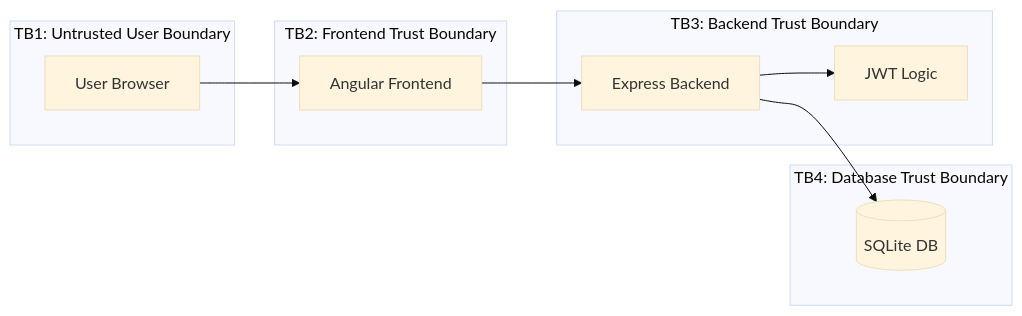
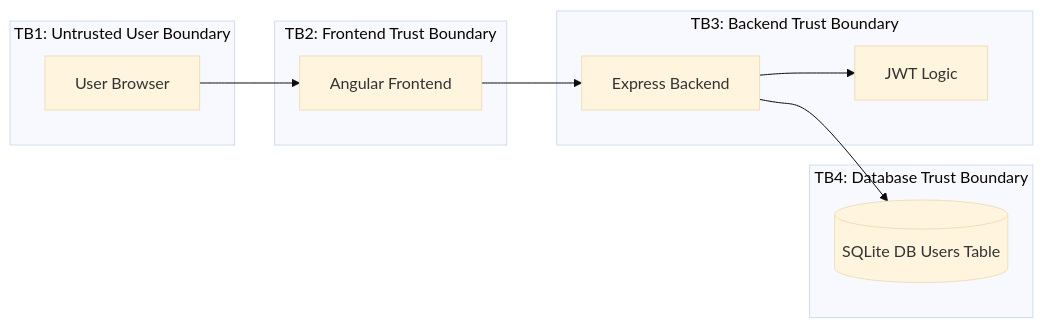
The third of 3 diagrams in Cybersecurity-Portfolio/Threat Modeling - OWASP Juice Shop/README.md (JosephJ12/CTF-Walkthroughs), drawn with Mermaid (base theme) before and after one commit. The commit also changed other lines of this file, not shown here.

````diff
--- a/Cybersecurity-Portfolio/Threat Modeling - OWASP Juice Shop/README.md
+++ b/Cybersecurity-Portfolio/Threat Modeling - OWASP Juice Shop/README.md
@@ -83,24 +83,24 @@
 ```mermaid
 flowchart LR
     subgraph TB1["TB1: Untrusted User Boundary"]
         U[User Browser]
     end
 
     subgraph TB2["TB2: Frontend Trust Boundary"]
         FE[Angular Frontend]
     end
 
     subgraph TB3["TB3: Backend Trust Boundary"]
         APP[Express Backend]
         JWT[JWT Logic]
     end
 
     subgraph TB4["TB4: Database Trust Boundary"]
-        DB[(SQLite DB)]
+        DB[(SQLite DB Users Table)]
     end
 
     U --> FE
     FE --> APP
     APP --> JWT
     APP --> DB
 ```
````
